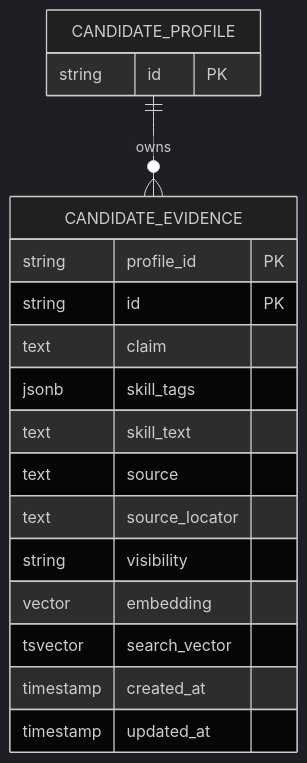
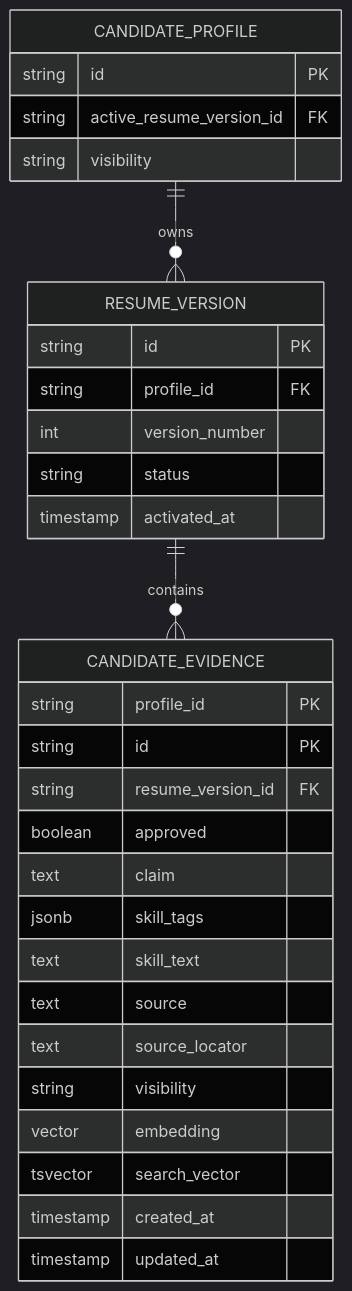
The third of 4 diagrams in docs/ARCHITECTURE.md (tjfalcon/rolesignal), drawn with Mermaid (dark theme) before and after one commit. The commit also changed other lines of this file and 17 other files, not shown here.

First line of the commit message:
Add sanitized profile and resume version management (#13)

````diff
--- a/docs/ARCHITECTURE.md
+++ b/docs/ARCHITECTURE.md
@@ -61,21 +61,33 @@
 ```mermaid
 erDiagram
-  CANDIDATE_PROFILE ||--o{ CANDIDATE_EVIDENCE : owns
+  CANDIDATE_PROFILE ||--o{ RESUME_VERSION : owns
+  RESUME_VERSION ||--o{ CANDIDATE_EVIDENCE : contains
   CANDIDATE_PROFILE {
     string id PK
+    string active_resume_version_id FK
+    string visibility
+  }
+  RESUME_VERSION {
+    string id PK
+    string profile_id FK
+    int version_number
+    string status
+    timestamp activated_at
   }
   CANDIDATE_EVIDENCE {
     string profile_id PK
     string id PK
+    string resume_version_id FK
+    boolean approved
     text claim
     jsonb skill_tags
     text skill_text
     text source
     text source_locator
     string visibility
     vector embedding
     tsvector search_vector
     timestamp created_at
     timestamp updated_at
   }
 ```
````
